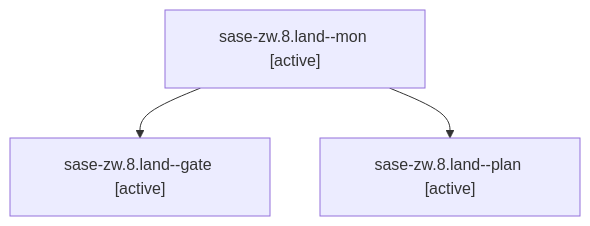
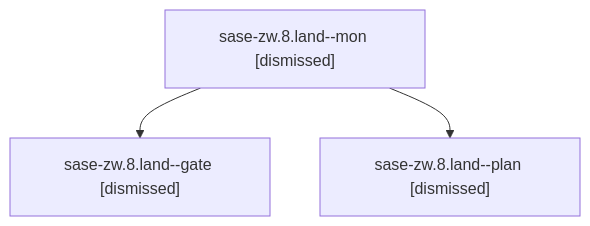
Before and after one commit to sase-org/sase--agents: the diagram in sessions/bbugyi200.athena.sase-zw.8.land.md, drawn with Mermaid. The commit also changed other lines of this file and 122 other files, not shown here.

````diff
--- a/sessions/bbugyi200.athena.sase-zw.8.land.md
+++ b/sessions/bbugyi200.athena.sase-zw.8.land.md
@@ -9,8 +9,8 @@
 ```mermaid
 flowchart TD
-  n0["sase-zw.8.land--mon [active]"]
-  n1["sase-zw.8.land--gate [active]"]
+  n0["sase-zw.8.land--mon [dismissed]"]
+  n1["sase-zw.8.land--gate [dismissed]"]
   n0 --> n1
-  n2["sase-zw.8.land--plan [active]"]
+  n2["sase-zw.8.land--plan [dismissed]"]
   n0 --> n2
 ```
````
